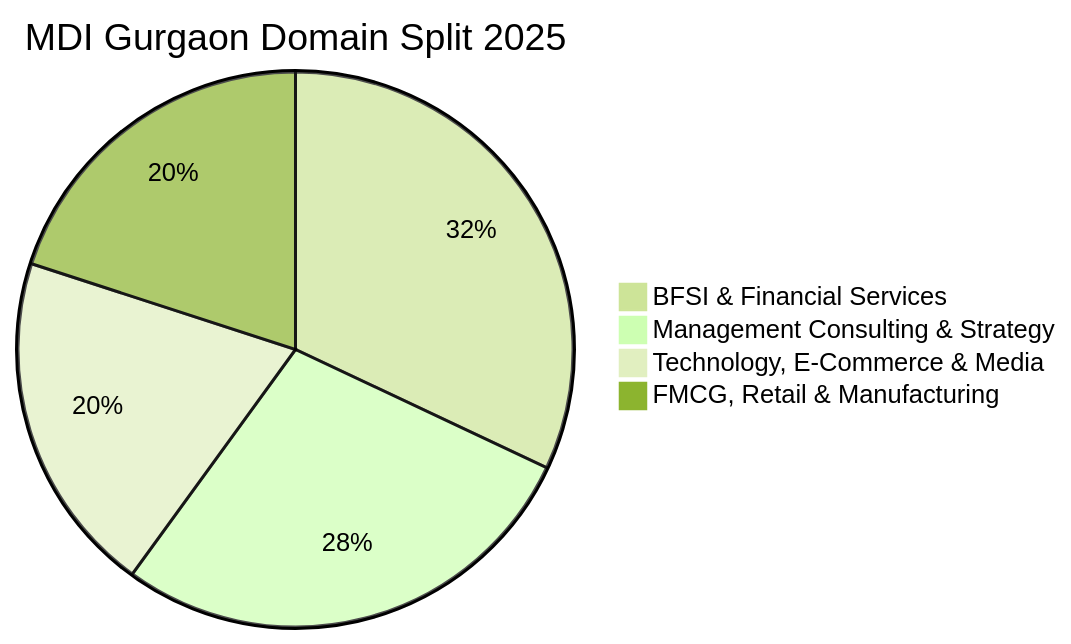
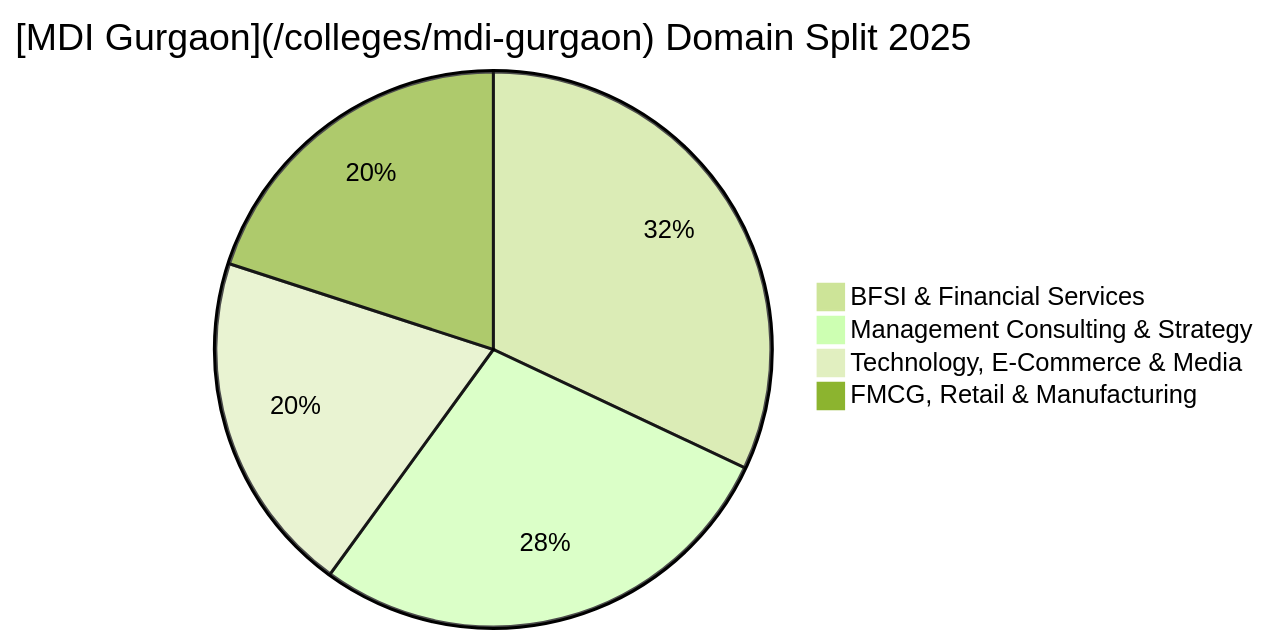
Before and after one commit to mohitjaincounsellingmba/careerwithmohit: the diagram in posts/mdi-gurgaon-pgdm-placement-report-2025.md, drawn with Mermaid (forest theme). The commit also changed other lines of this file and 639 other files, not shown here.

````diff
--- a/posts/mdi-gurgaon-pgdm-placement-report-2025.md
+++ b/posts/mdi-gurgaon-pgdm-placement-report-2025.md
@@ -93,7 +93,7 @@
 ```mermaid
-pie title MDI Gurgaon Domain Split 2025
+pie title [MDI Gurgaon](/colleges/mdi-gurgaon) Domain Split 2025
     "BFSI & Financial Services" : 32
     "Management Consulting & Strategy" : 28
     "Technology, E-Commerce & Media" : 20
     "FMCG, Retail & Manufacturing" : 20
 ```
````
